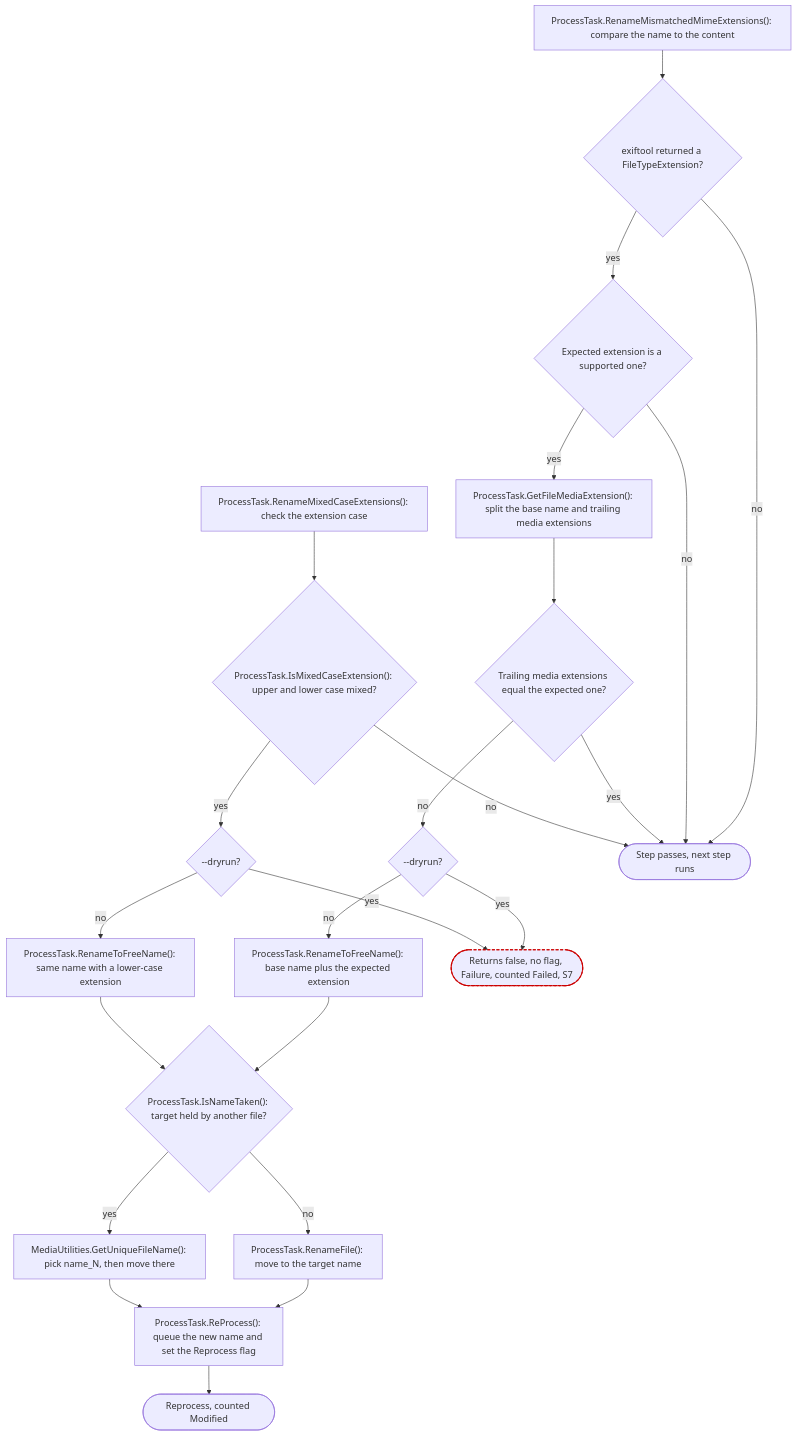
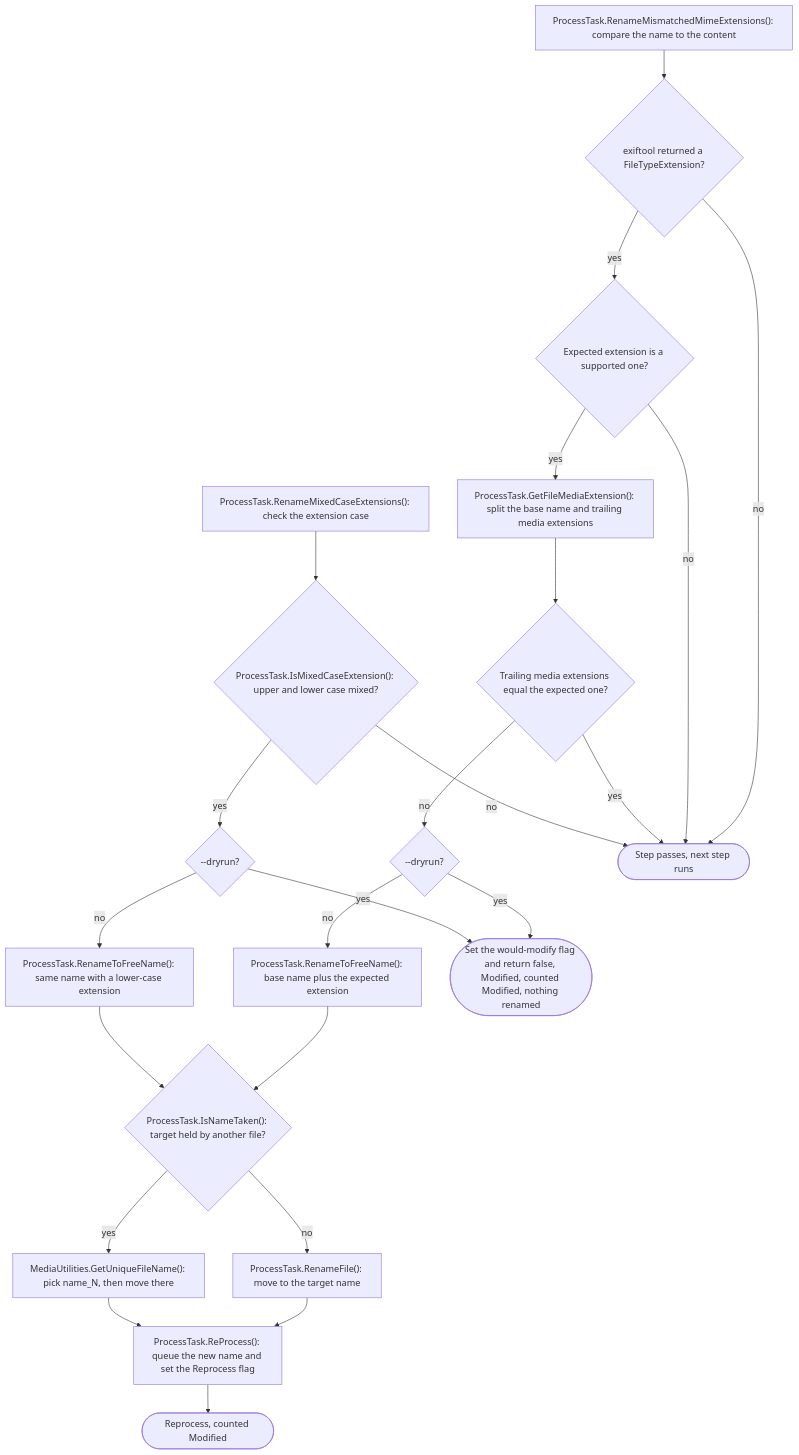
One commit to ptr727/PhotoCleaner changed the sixth of 23 diagrams in ARCHITECTURE.md. Above: the diagram before and after it, drawn with Mermaid. The commit also changed other lines of this file and 3 other files, not shown here.

````diff
--- a/ARCHITECTURE.md
+++ b/ARCHITECTURE.md
@@ -386,40 +388,40 @@
 ```mermaid
 flowchart TD
   m0["ProcessTask.RenameMismatchedMimeExtensions(): compare the name to the content"]
   m1{"exiftool returned a FileTypeExtension?"}
   m2{"Expected extension is a supported one?"}
   m3["ProcessTask.GetFileMediaExtension(): split the base name and trailing media extensions"]
   m4{"Trailing media extensions equal the expected one?"}
   m5{"--dryrun?"}
   m6["ProcessTask.RenameToFreeName(): base name plus the expected extension"]
   c0["ProcessTask.RenameMixedCaseExtensions(): check the extension case"]
   c1{"ProcessTask.IsMixedCaseExtension(): upper and lower case mixed?"}
   c2{"--dryrun?"}
   c3["ProcessTask.RenameToFreeName(): same name with a lower-case extension"]
   pass(["Step passes, next step runs"])
-  dryEnd(["Returns false, no flag, Failure, counted Failed, S7"]):::suspect
+  dryEnd(["Set the would-modify flag and return false, Modified, counted Modified, nothing renamed"])
   taken{"ProcessTask.IsNameTaken(): target held by another file?"}
   r1["ProcessTask.RenameFile(): move to the target name"]
   r2["MediaUtilities.GetUniqueFileName(): pick name_N, then move there"]
   queue["ProcessTask.ReProcess(): queue the new name and set the Reprocess flag"]
   reproc(["Reprocess, counted Modified"])
 
   m0 --> m1
   m1 -->|"no"| pass
   m1 -->|"yes"| m2
   m2 -->|"no"| pass
   m2 -->|"yes"| m3 --> m4
   m4 -->|"yes"| pass
   m4 -->|"no"| m5
   m5 -->|"yes"| dryEnd
   m5 -->|"no"| m6 --> taken
   c0 --> c1
   c1 -->|"no"| pass
   c1 -->|"yes"| c2
   c2 -->|"yes"| dryEnd
   c2 -->|"no"| c3 --> taken
   taken -->|"no"| r1 --> queue
   taken -->|"yes"| r2 --> queue
   queue --> reproc
   classDef suspect stroke:#c00,stroke-width:2px,stroke-dasharray:5 3
 ```
````
